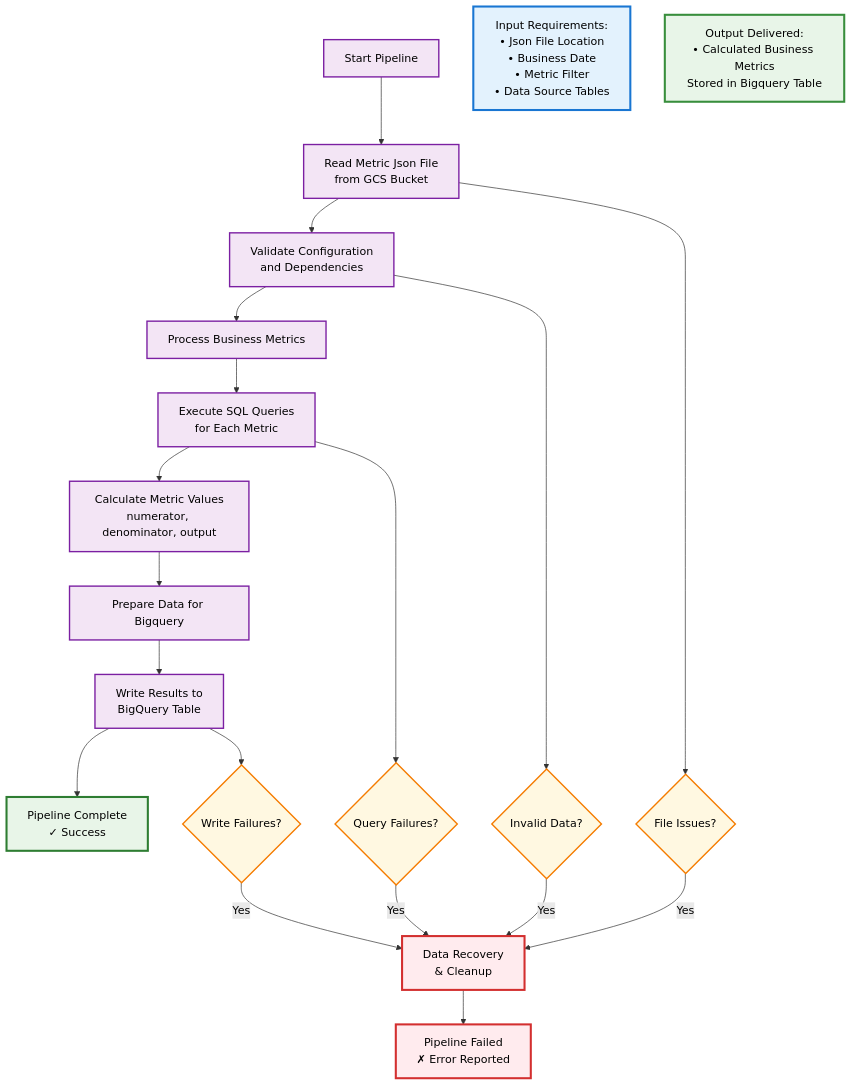
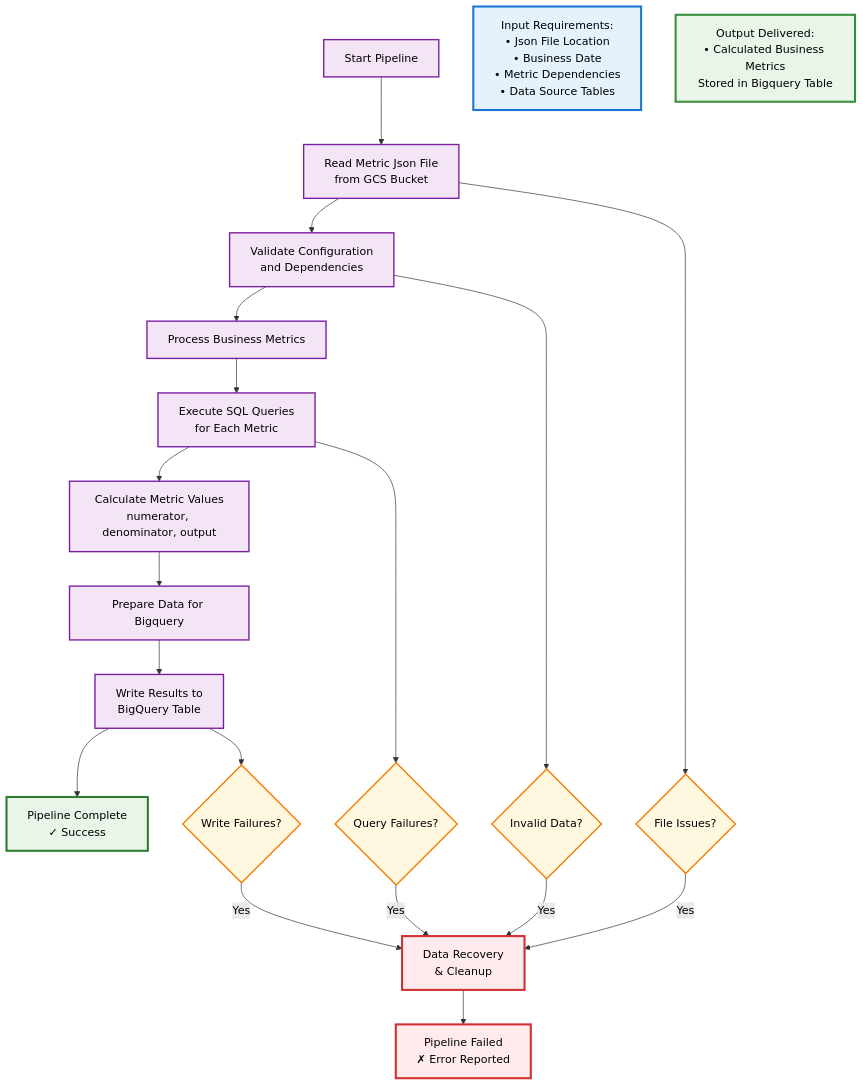
Before and after one commit to therohanpatell/rohan-repo: the diagram in metrics_pipeline/pipeline.md, drawn with Mermaid.

````diff
--- a/metrics_pipeline/pipeline.md
+++ b/metrics_pipeline/pipeline.md
@@ -1,47 +1,47 @@
 ```mermaid
 %%{ init: { "theme": "default", "themeVariables": { "fontSize": "16px", "fontFamily": "Arial", "primaryColor": "#ffffff", "primaryTextColor": "#000000", "tertiaryTextColor": "#000000", "textColor": "#000000" } } }%%
 
 graph TD
     A[Start Pipeline] --> B[Read Metric Json File<br/>from GCS Bucket]
     B --> C[Validate Configuration<br/>and Dependencies]
     C --> D[Process Business Metrics]
     
     D --> E[Execute SQL Queries<br/>for Each Metric]
     E --> F[Calculate Metric Values<br/>numerator, denominator, output]
     F --> G[Prepare Data for Bigquery]
     
     G --> H[Write Results to<br/>BigQuery Table]
     H --> I[Pipeline Complete<br/>✓ Success]
     
     %% Error Path
     B --> J{File Issues?}
     C --> K{Invalid Data?}
     E --> L{Query Failures?}
     H --> M{Write Failures?}
     
     J -->|Yes| N[Data Recovery<br/>& Cleanup]
     K -->|Yes| N
     L -->|Yes| N
     M -->|Yes| N
     
     N --> O[Pipeline Failed<br/>✗ Error Reported]
     
     %% Input/Output Boxes
-    INPUT[Input Requirements:<br/>• Json File Location<br/>• Business Date<br/>• Metric Filter<br/>• Data Source Tables]
+    INPUT[Input Requirements:<br/>• Json File Location<br/>• Business Date<br/>• Metric Dependencies<br/>• Data Source Tables]
     OUTPUT[Output Delivered:<br/>• Calculated Business Metrics<br/>Stored in Bigquery Table]
     
     %% Styling
     classDef inputStyle fill:#e3f2fd,stroke:#1976d2,stroke-width:3px
     classDef outputStyle fill:#e8f5e8,stroke:#388e3c,stroke-width:3px
     classDef processStyle fill:#f3e5f5,stroke:#7b1fa2,stroke-width:2px
     classDef successStyle fill:#e8f5e8,stroke:#2e7d32,stroke-width:3px
     classDef errorStyle fill:#ffebee,stroke:#d32f2f,stroke-width:3px
     classDef decisionStyle fill:#fff8e1,stroke:#f57c00,stroke-width:2px
     
     class INPUT inputStyle
     class OUTPUT outputStyle
     class A,B,C,D,E,F,G,H processStyle
     class I successStyle
     class N,O errorStyle
     class J,K,L,M decisionStyle
 ```
````
